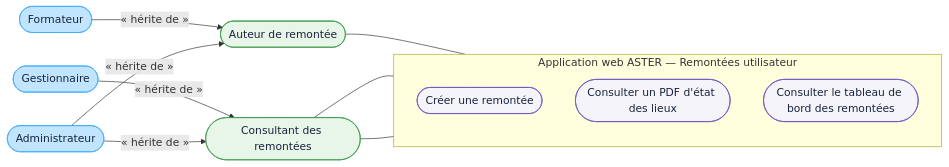
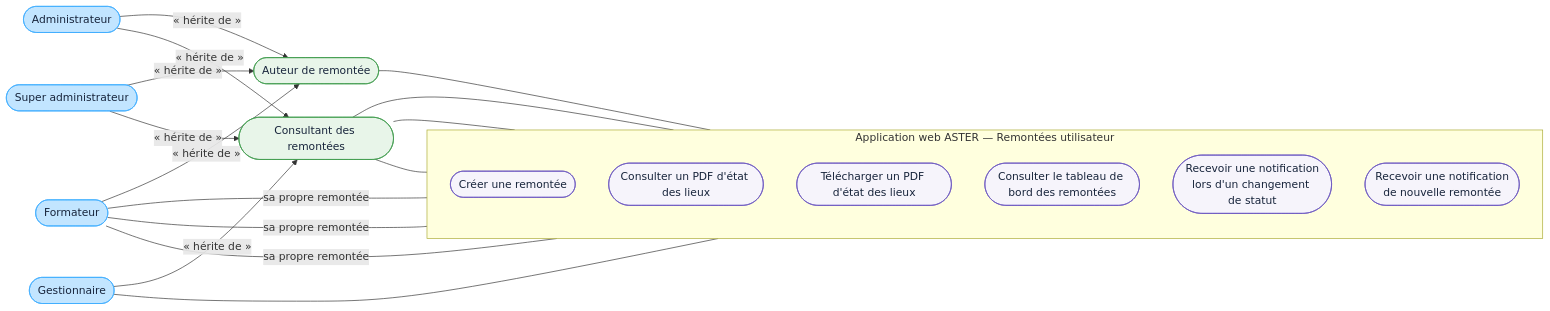
The diagram in docs/11-DCU-REMONTEES-UTILISATEUR.md (bpierrelouis/aster), drawn with Mermaid before and after one commit. The commit also changed 10 other files, not shown here.

````diff
--- a/docs/11-DCU-REMONTEES-UTILISATEUR.md
+++ b/docs/11-DCU-REMONTEES-UTILISATEUR.md
@@ -3,31 +3,42 @@
 ```mermaid
 flowchart LR
     auteurRemontee(["Auteur de remontée"])
     consultantRemontees(["Consultant des remontées"])
     formateur(["Formateur"])
     gestionnaire(["Gestionnaire"])
     administrateur(["Administrateur"])
+    superAdministrateur(["Super administrateur"])
 
     formateur -->|« hérite de »| auteurRemontee
     administrateur -->|« hérite de »| auteurRemontee
     gestionnaire -->|« hérite de »| consultantRemontees
     administrateur -->|« hérite de »| consultantRemontees
+    superAdministrateur -->|« hérite de »| auteurRemontee
+    superAdministrateur -->|« hérite de »| consultantRemontees
 
     subgraph aster["Application web ASTER — Remontées utilisateur"]
         direction TB
         creerRemontee(["Créer une remontée"])
         consulterPdf(["Consulter un PDF d'état des lieux"])
+        telechargerPdf(["Télécharger un PDF d'état des lieux"])
         consulterTableau(["Consulter le tableau de bord des remontées"])
+        recevoirNotification(["Recevoir une notification<br/>lors d'un changement de statut"])
+        recevoirNouvelleRemontee(["Recevoir une notification<br/>de nouvelle remontée"])
     end
 
     auteurRemontee --- creerRemontee
     consultantRemontees --- consulterPdf
+    consultantRemontees --- telechargerPdf
     consultantRemontees --- consulterTableau
+    formateur ---|sa propre remontée| consulterPdf
+    formateur ---|sa propre remontée| telechargerPdf
+    formateur ---|sa propre remontée| recevoirNotification
+    gestionnaire --- recevoirNouvelleRemontee
 
     classDef acteur fill:#C2E5FF,stroke:#3DADFF,color:#17243B
     classDef acteurAbstrait fill:#E8F5E9,stroke:#3E9B4B,color:#17243B
     classDef cas fill:#F6F4FB,stroke:#6954C0,color:#17243B
-    class formateur,gestionnaire,administrateur acteur
+    class formateur,gestionnaire,administrateur,superAdministrateur acteur
     class auteurRemontee,consultantRemontees acteurAbstrait
-    class creerRemontee,consulterPdf,consulterTableau cas
+    class creerRemontee,consulterPdf,telechargerPdf,consulterTableau,recevoirNotification,recevoirNouvelleRemontee cas
 ```
````
